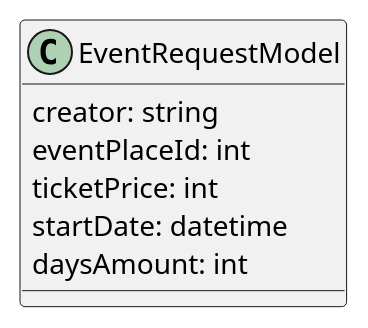
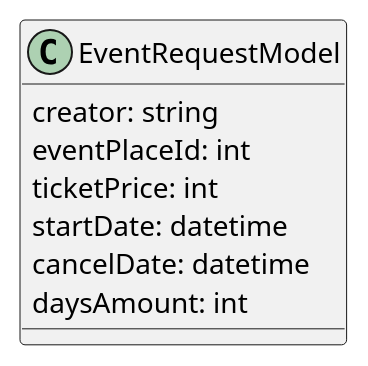
Before and after one commit to ai-shift/cyber-valley-tickets: diagram 21 of 25 in README.org, drawn with PlantUML. The commit also changed other lines of this file and 9 other files, not shown here.

```diff
--- a/README.org
+++ b/README.org
@@ -694,9 +693,10 @@
 #+begin_src plantuml :file ./img/event-request-model.png
 class EventRequestModel {
   creator: string
   eventPlaceId: int
   ticketPrice: int
   startDate: datetime
+  cancelDate: datetime
   daysAmount: int
 }
 #+end_src
```
